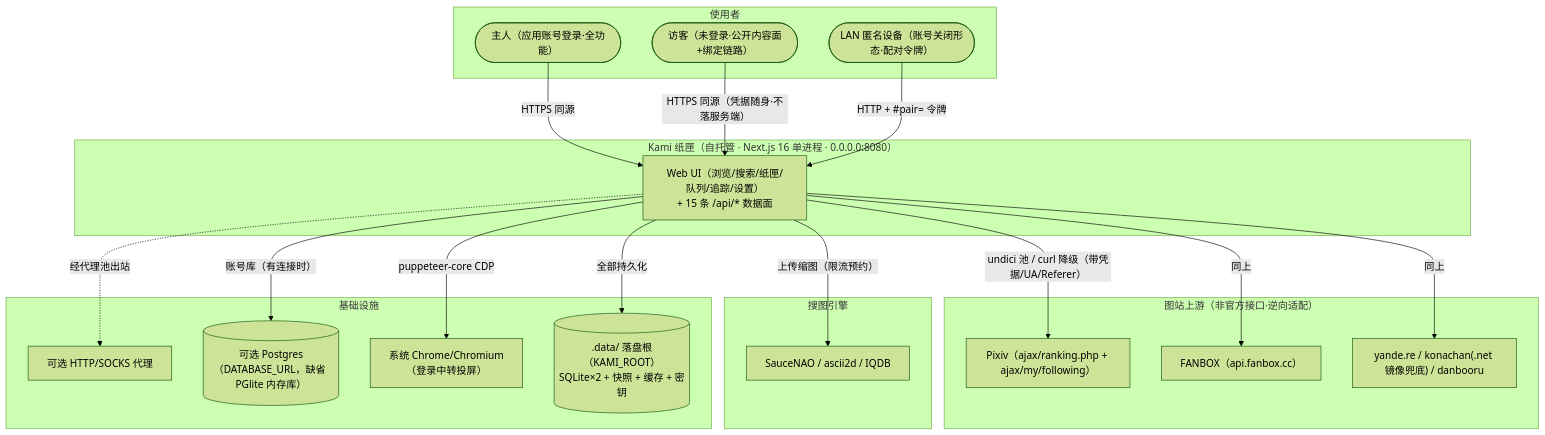
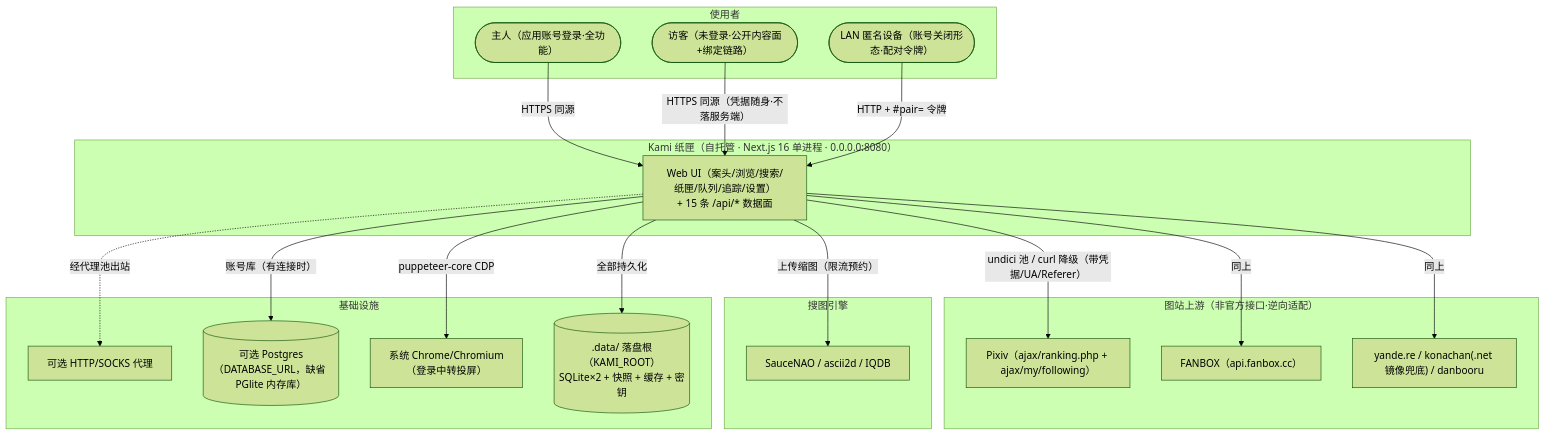
The first of 2 diagrams in docs/01-项目与架构说明.md (Atsukiizumi/Kami-paperbox), drawn with Mermaid (forest theme) before and after one commit. The commit also changed other lines of this file and 6 other files, not shown here.

````diff
--- a/docs/01-项目与架构说明.md
+++ b/docs/01-项目与架构说明.md
@@ -73,41 +73,41 @@
 ```mermaid
 flowchart TB
   subgraph people["使用者"]
     owner(["主人（应用账号登录·全功能）"])
     guest(["访客（未登录·公开内容面+绑定链路）"])
     lan(["LAN 匿名设备（账号关闭形态·配对令牌）"])
   end
 
   subgraph kami["Kami 纸匣（自托管 · Next.js 16 单进程 · 0.0.0.0:8080）"]
-    app["Web UI（浏览/搜索/纸匣/队列/追踪/设置）<br>+ 15 条 /api/* 数据面"]
+    app["Web UI（案头/浏览/搜索/纸匣/队列/追踪/设置）<br>+ 15 条 /api/* 数据面"]
   end
 
   subgraph upstream["图站上游（非官方接口·逆向适配）"]
     pixiv["Pixiv（ajax/ranking.php + ajax/my/following）"]
     fanbox["FANBOX（api.fanbox.cc）"]
     booru["yande.re / konachan(.net 镜像兜底) / danbooru"]
   end
 
   subgraph search["搜图引擎"]
     engines["SauceNAO / ascii2d / IQDB"]
   end
 
   subgraph infra["基础设施"]
     proxy["可选 HTTP/SOCKS 代理"]
     pg[("可选 Postgres<br>（DATABASE_URL，缺省 PGlite 内存库）")]
     chrome["系统 Chrome/Chromium<br>（登录中转投屏）"]
     data[(".data/ 落盘根（KAMI_ROOT）<br>SQLite×2 + 快照 + 缓存 + 密钥")]
   end
 
   owner -->|"HTTPS 同源"| app
   guest -->|"HTTPS 同源（凭据随身·不落服务端）"| app
   lan -->|"HTTP + #pair= 令牌"| app
   app -->|"undici 池 / curl 降级（带凭据/UA/Referer）"| pixiv
   app -->|同上| fanbox
   app -->|同上| booru
   app -->|"上传缩图（限流预约）"| engines
   app -.->|"经代理池出站"| proxy
   app -->|"账号库（有连接时）"| pg
   app -->|"puppeteer-core CDP"| chrome
   app -->|"全部持久化"| data
 ```
````
